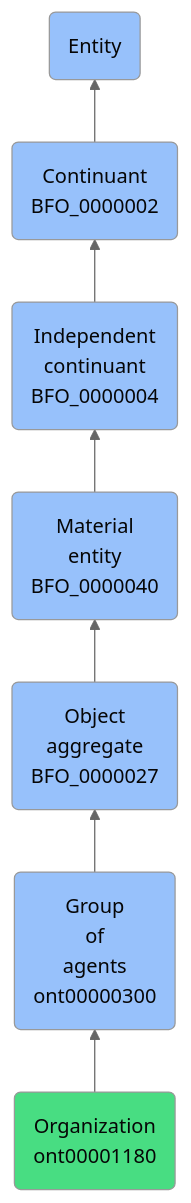
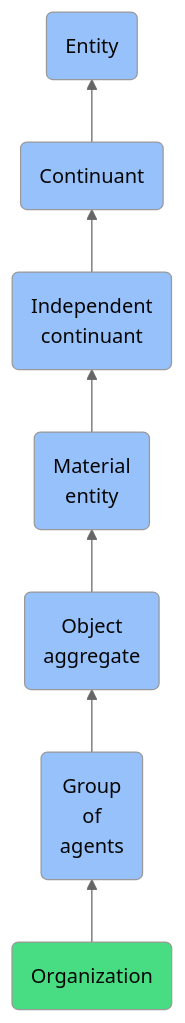
Before and after one commit to jupyter-naas/abi: the diagram in docs/ontology/reference/model/Entity/Continuant/Independent continuant/Material entity/Object aggregate/Group of agents/Organization/Organization.md, drawn with Mermaid (neutral theme). The commit also changed other lines of this file and 1430 other files, not shown here.

````diff
--- a/docs/ontology/reference/model/Entity/Continuant/Independent continuant/Material entity/Object aggregate/Group of agents/Organization/Organization.md
+++ b/docs/ontology/reference/model/Entity/Continuant/Independent continuant/Material entity/Object aggregate/Group of agents/Organization/Organization.md
@@ -24,14 +24,14 @@
 ```mermaid
 graph BT
-    ont00001180(Organization<br>ont00001180):::ABI-->ont00000300
-    ont00000300(Group<br>of<br>agents<br>ont00000300):::BFO-->BFO_0000027
-    BFO_0000027(Object<br>aggregate<br>BFO_0000027):::BFO-->BFO_0000040
-    BFO_0000040(Material<br>entity<br>BFO_0000040):::BFO-->BFO_0000004
-    BFO_0000004(Independent<br>continuant<br>BFO_0000004):::BFO-->BFO_0000002
-    BFO_0000002(Continuant<br>BFO_0000002):::BFO-->BFO_0000001
+    ont00001180(Organization):::ABI-->ont00000300
+    ont00000300(Group<br>of<br>agents):::BFO-->BFO_0000027
+    BFO_0000027(Object<br>aggregate):::BFO-->BFO_0000040
+    BFO_0000040(Material<br>entity):::BFO-->BFO_0000004
+    BFO_0000004(Independent<br>continuant):::BFO-->BFO_0000002
+    BFO_0000002(Continuant):::BFO-->BFO_0000001
     BFO_0000001(Entity):::BFO
     
     classDef BFO fill:#97c1fb,color:#060606
     classDef CCO fill:#e4c51e,color:#060606
     classDef ABI fill:#48DD82,color:#060606
 ```
````
